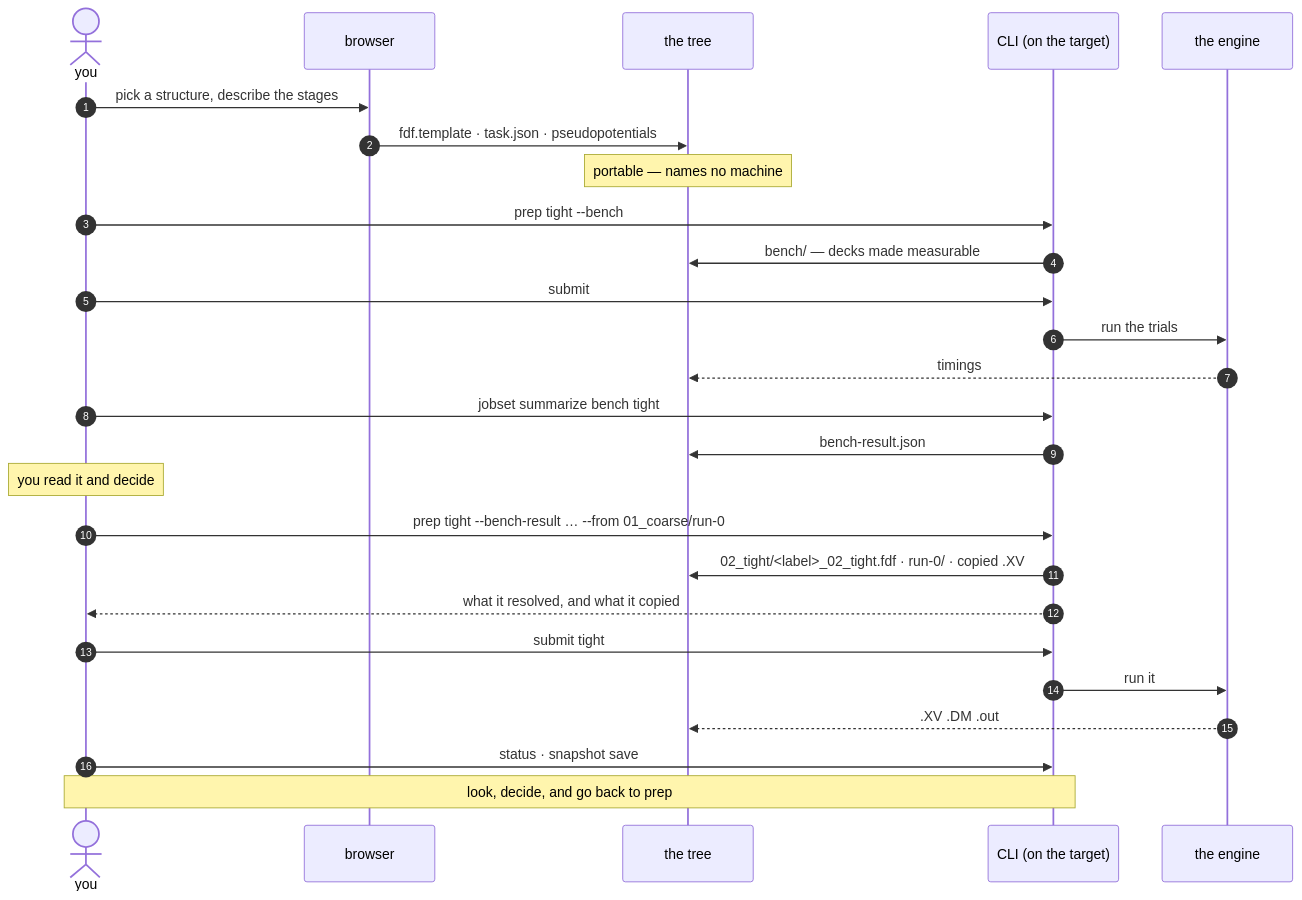
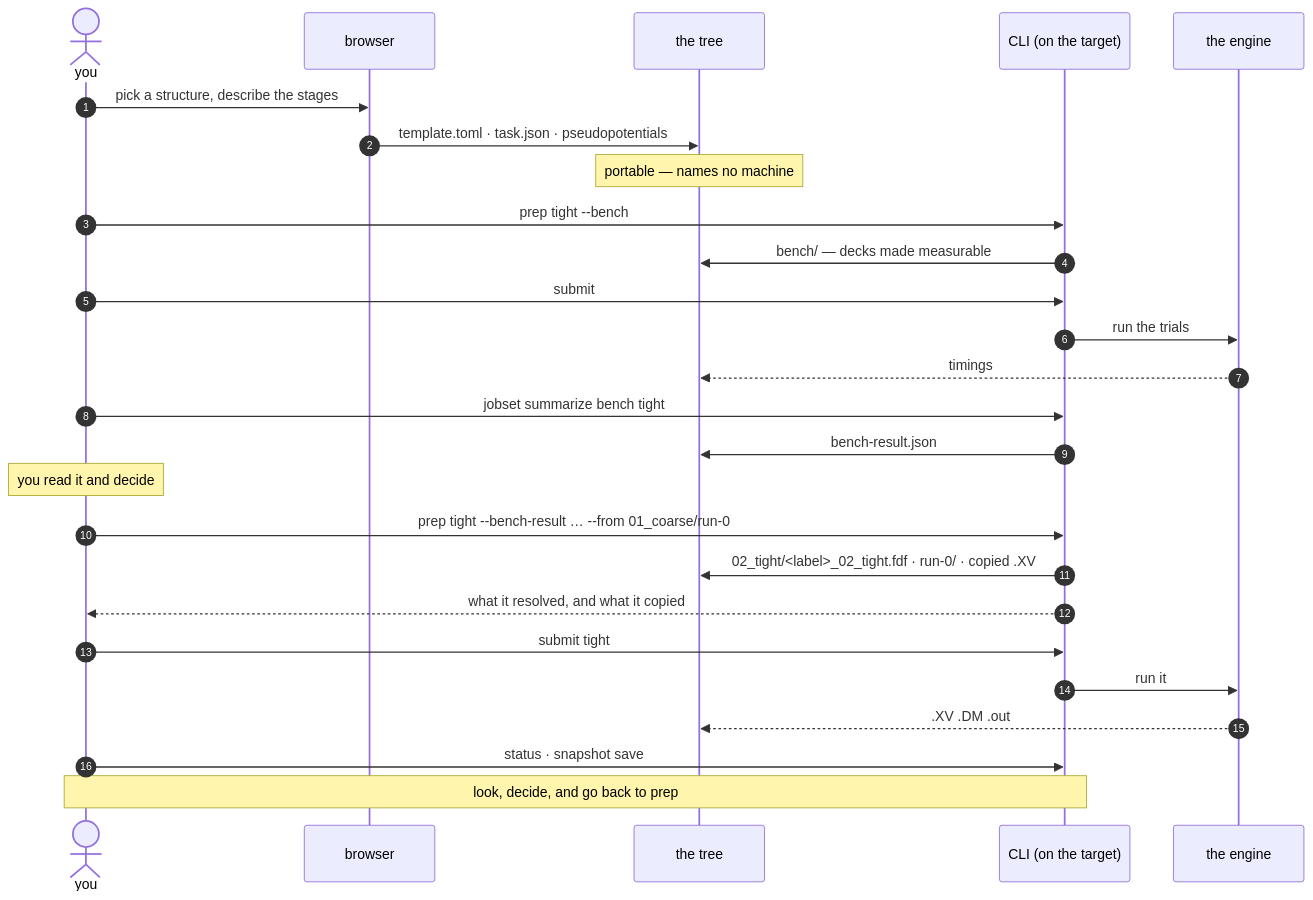
The ninth of 10 diagrams in docs/execution/project-layout.md (Qing-LAB/molbuilder), drawn with Mermaid before and after one commit. The commit also changed other lines of this file and 16 other files, not shown here.

First line of the commit message:
docs(template): the template gets its own contract, in engines/, and stops being an .fdf

````diff
--- a/docs/execution/project-layout.md
+++ b/docs/execution/project-layout.md
@@ -879,33 +879,33 @@
 ```mermaid
 sequenceDiagram
     autonumber
     actor U as you
     participant B as browser
     participant T as the tree
     participant C as CLI (on the target)
     participant E as the engine
 
     U->>B: pick a structure, describe the stages
-    B->>T: fdf.template · task.json · pseudopotentials
+    B->>T: template.toml · task.json · pseudopotentials
     Note over T: portable — names no machine
 
     U->>C: prep tight --bench
     C->>T: bench/ — decks made measurable
     U->>C: submit
     C->>E: run the trials
     E-->>T: timings
     U->>C: jobset summarize bench tight
     C->>T: bench-result.json
 
     Note over U: you read it and decide
 
     U->>C: prep tight --bench-result … --from 01_coarse/run-0
     C->>T: 02_tight/<label>_02_tight.fdf · run-0/ · copied .XV
     C-->>U: what it resolved, and what it copied
     U->>C: submit tight
     C->>E: run it
     E-->>T: .XV .DM .out
 
     U->>C: status · snapshot save
     Note over U,C: look, decide, and go back to prep
 ```
````
